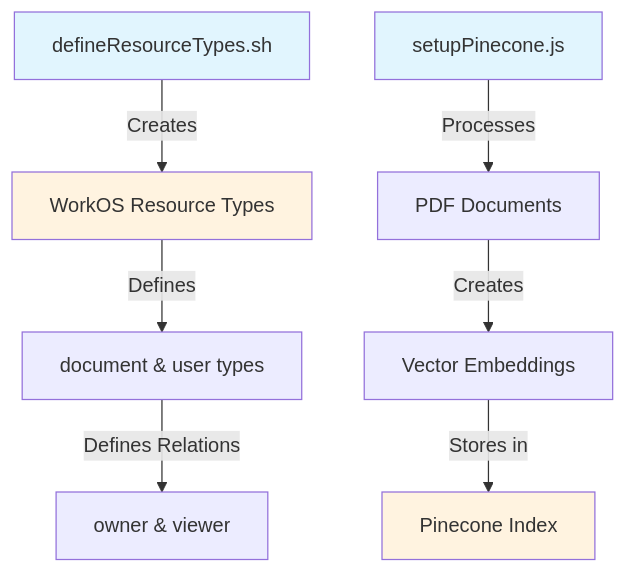
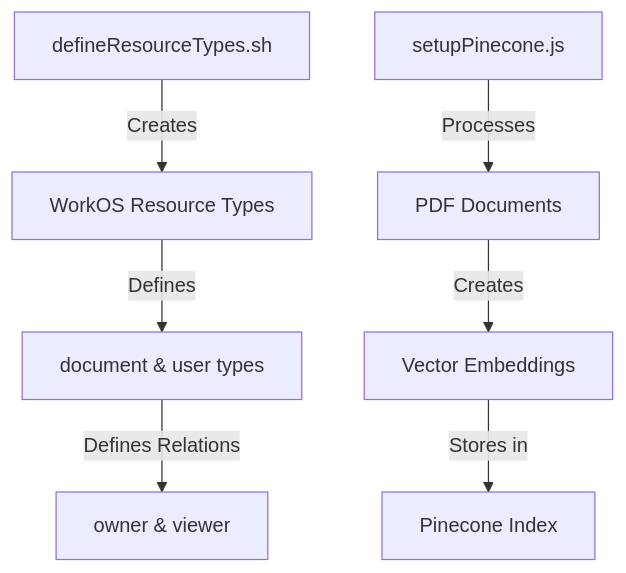
Before and after one commit to zackproser-workos/fga-pinecone-poc: the first of 2 diagrams in README.md, drawn with Mermaid. The commit also changed other lines of this file and 2 other files, not shown here.

````diff
--- a/README.md
+++ b/README.md
@@ -129,15 +141,10 @@
 ```mermaid
 graph TD
     A[defineResourceTypes.sh] -->|Creates| B[WorkOS Resource Types]
     B -->|Defines| C[document & user types]
     C -->|Defines Relations| D[owner & viewer]
     
     E[setupPinecone.js] -->|Processes| F[PDF Documents]
     F -->|Creates| G[Vector Embeddings]
     G -->|Stores in| H[Pinecone Index]
-
-    style A fill:#e1f5fe
-    style E fill:#e1f5fe
-    style H fill:#fff3e0
-    style B fill:#fff3e0
 ```
````
